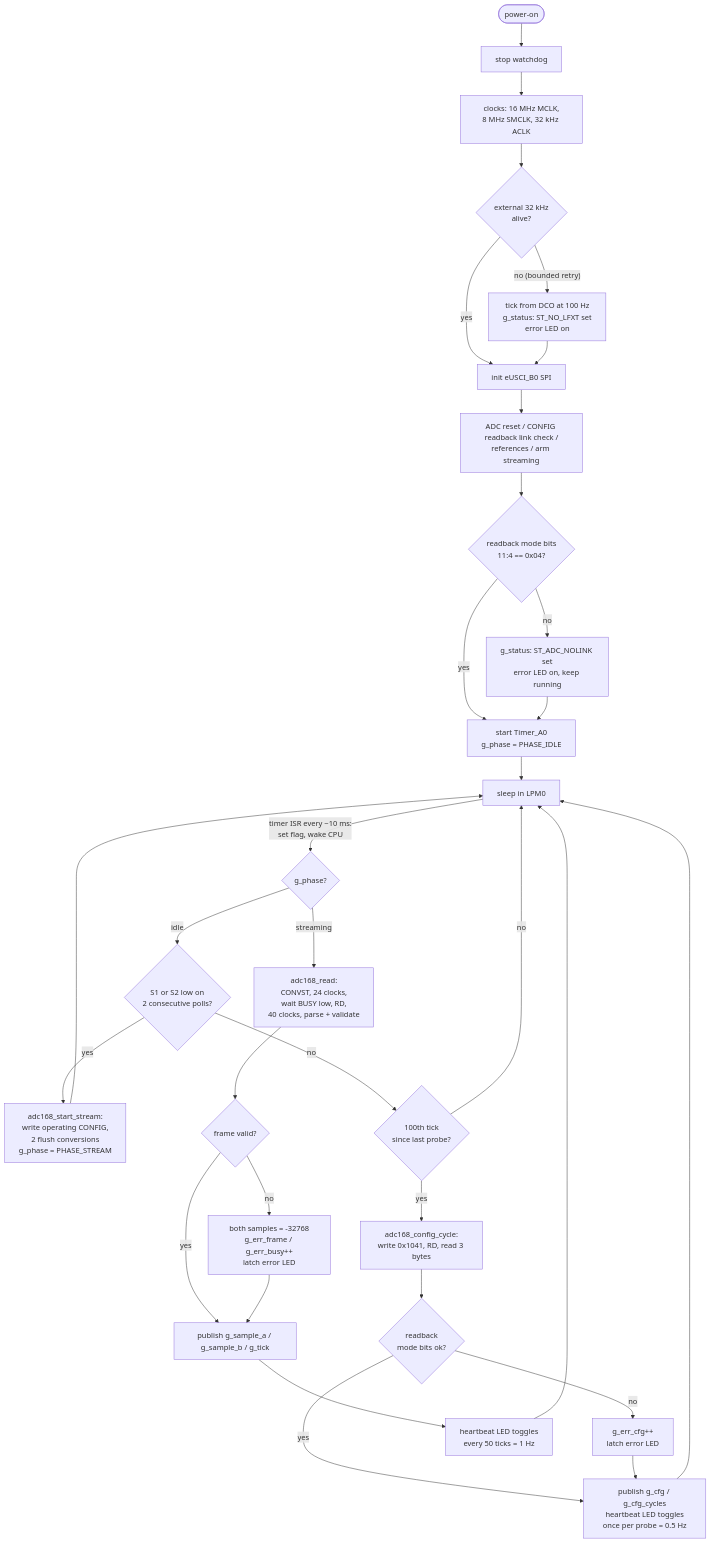
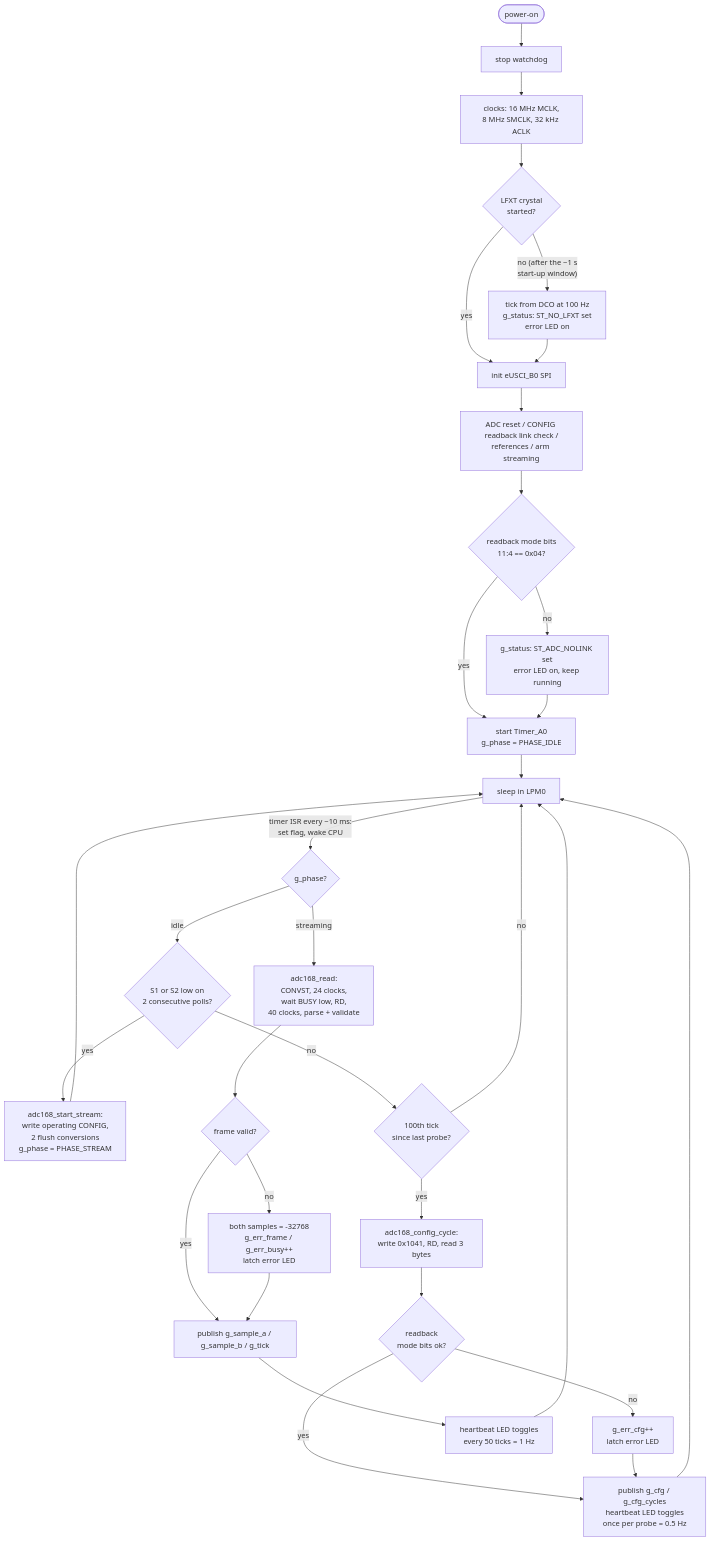
One commit to S-OConnor/MSP430_TestRepo changed the third of 13 diagrams in docs/DESIGN.md. Above: the diagram before and after it, drawn with Mermaid. The commit also changed other lines of this file, not shown here.

````diff
--- a/docs/DESIGN.md
+++ b/docs/DESIGN.md
@@ -193,30 +193,30 @@
 ```mermaid
 flowchart TD
     PO([power-on]) --> WDT["stop watchdog"]
     WDT --> CLK["clocks: 16 MHz MCLK,<br/>8 MHz SMCLK, 32 kHz ACLK"]
-    CLK --> LFXT{"external 32 kHz<br/>alive?"}
+    CLK --> LFXT{"LFXT crystal<br/>started?"}
     LFXT -->|yes| SPI
-    LFXT -->|"no (bounded retry)"| FB["tick from DCO at 100 Hz<br/>g_status: ST_NO_LFXT set<br/>error LED on"] --> SPI
+    LFXT -->|"no (after the ~1 s<br/>start-up window)"| FB["tick from DCO at 100 Hz<br/>g_status: ST_NO_LFXT set<br/>error LED on"] --> SPI
     SPI["init eUSCI_B0 SPI"] --> AINIT["ADC reset / CONFIG readback link check /<br/>references / arm streaming"]
     AINIT --> OK{"readback mode bits<br/>11:4 == 0x04?"}
     OK -->|yes| T0
     OK -->|no| NOLINK["g_status: ST_ADC_NOLINK set<br/>error LED on, keep running"] --> T0
     T0["start Timer_A0<br/>g_phase = PHASE_IDLE"] --> SLEEP
 
     SLEEP["sleep in LPM0"] -->|"timer ISR every ~10 ms:<br/>set flag, wake CPU"| PHASE{"g_phase?"}
 
     PHASE -->|idle| BTN{"S1 or S2 low on<br/>2 consecutive polls?"}
     BTN -->|yes| ARM["adc168_start_stream:<br/>write operating CONFIG,<br/>2 flush conversions<br/>g_phase = PHASE_STREAM"] --> SLEEP
     BTN -->|no| NTH{"100th tick<br/>since last probe?"}
     NTH -->|no| SLEEP
     NTH -->|yes| PROBE["adc168_config_cycle:<br/>write 0x1041, RD, read 3 bytes"] --> CFGOK{"readback<br/>mode bits ok?"}
     CFGOK -->|yes| IDLED
     CFGOK -->|no| CFGERR["g_err_cfg++<br/>latch error LED"] --> IDLED
     IDLED["publish g_cfg / g_cfg_cycles<br/>heartbeat LED toggles<br/>once per probe = 0.5 Hz"] --> SLEEP
 
     PHASE -->|streaming| READ["adc168_read:<br/>CONVST, 24 clocks,<br/>wait BUSY low, RD,<br/>40 clocks, parse + validate"]
     READ --> VALID{"frame valid?"}
     VALID -->|yes| PUB["publish g_sample_a / g_sample_b / g_tick"]
     VALID -->|no| ERR["both samples = -32768<br/>g_err_frame / g_err_busy++<br/>latch error LED"] --> PUB
     PUB --> LEDS["heartbeat LED toggles<br/>every 50 ticks = 1 Hz"] --> SLEEP
 ```
````
